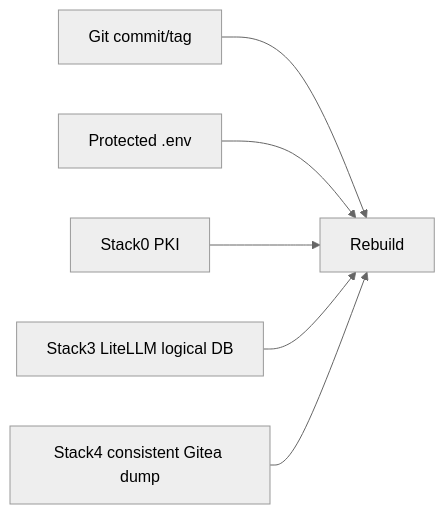
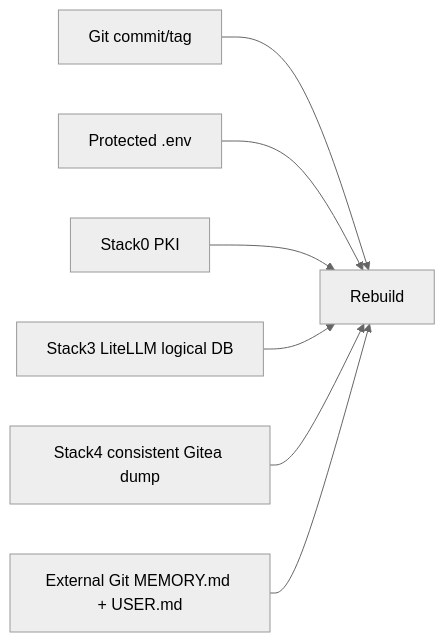
The fourth of 4 diagrams in README.md (ea1het/local_hybrid_ai), drawn with Mermaid (neutral theme) before and after one commit. The commit also changed other lines of this file, not shown here.

````diff
--- a/README.md
+++ b/README.md
@@ -75,8 +75,9 @@
 ```mermaid
 flowchart LR
   GIT[Git commit/tag] --> REBUILD[Rebuild]
   ENV[Protected .env] --> REBUILD
   PKI[Stack0 PKI] --> REBUILD
   DB[Stack3 LiteLLM logical DB] --> REBUILD
   GT[Stack4 consistent Gitea dump] --> REBUILD
+  MEM[External Git MEMORY.md + USER.md] --> REBUILD
 ```
````
